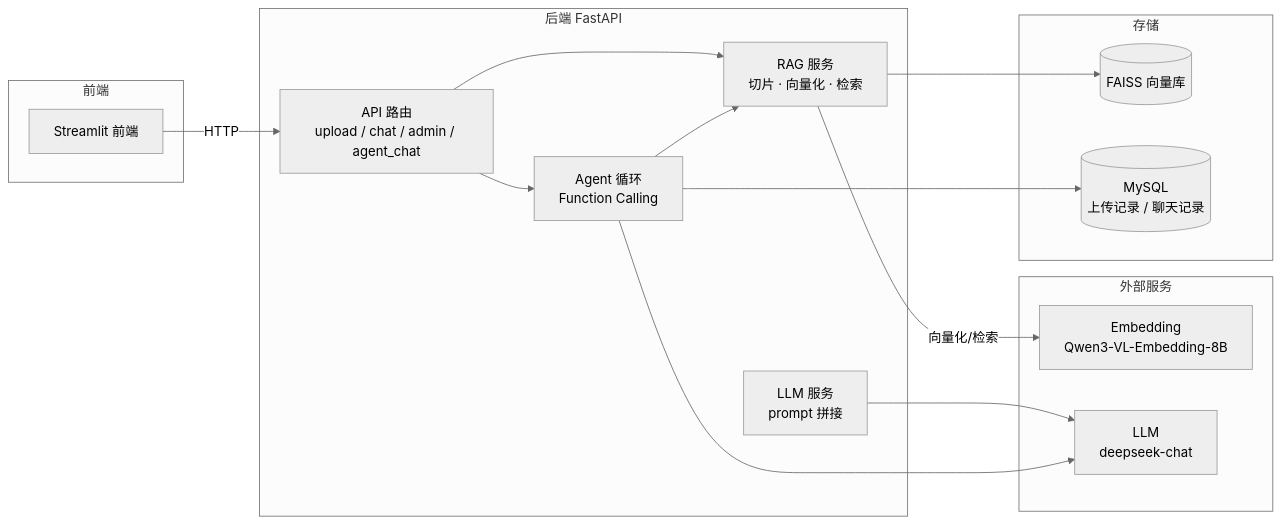
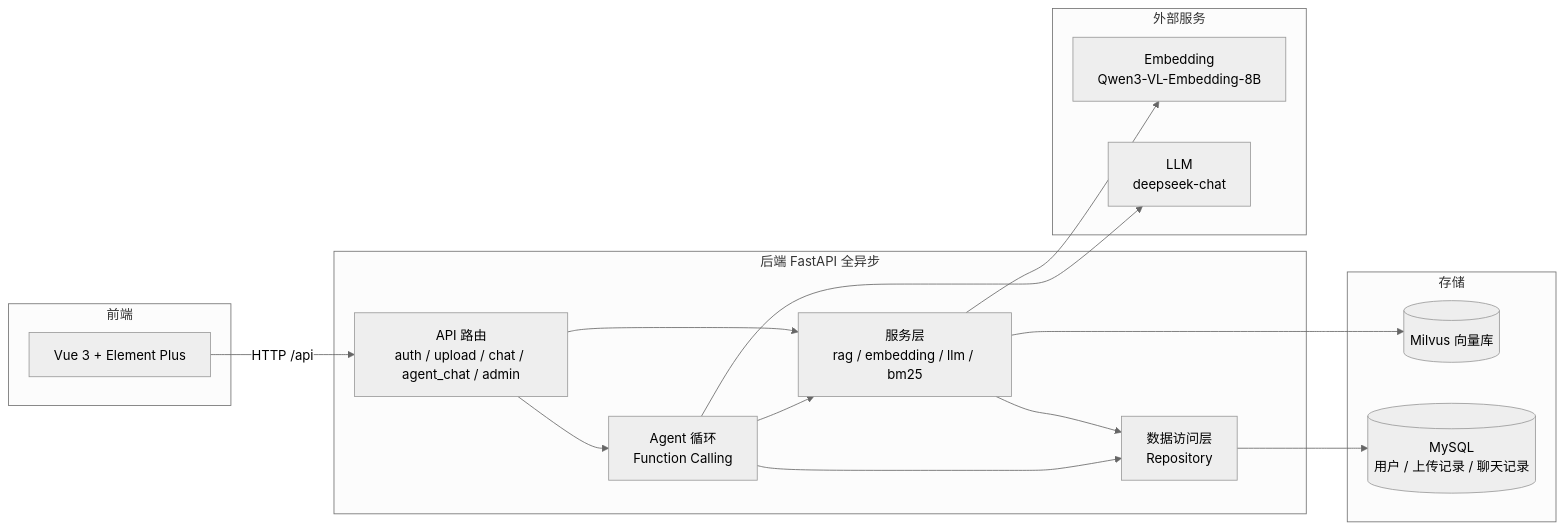
One commit to fngbibsisd-lgtm/Enterprise-Knowledge-Base-Agent-Platform changed the diagram in README.md. Above: the diagram before and after it, drawn with Mermaid (neutral theme). The commit also changed other lines of this file and 1 other file, not shown here.

Commit message:
docs: 更新 README 与面试文档以反映 V2 架构（Milvus/async SQLAlchemy/JWT/Vue）

````diff
--- a/README.md
+++ b/README.md
@@ -168,33 +217,31 @@
 ```mermaid
 flowchart LR
     subgraph 前端
-        FE[Streamlit 前端]
+        FE[Vue 3 + Element Plus]
     end
 
-    subgraph 后端 FastAPI
-        API[API 路由<br/>upload / chat / admin / agent_chat]
-        RAG[RAG 服务<br/>切片 · 向量化 · 检索]
+    subgraph 后端 FastAPI[后端 FastAPI 全异步]
+        API[API 路由<br/>auth / upload / chat / agent_chat / admin]
+        SVC[服务层<br/>rag / embedding / llm / bm25]
+        REPO[数据访问层<br/>Repository]
         AGENT[Agent 循环<br/>Function Calling]
-        LLM[LLM 服务<br/>prompt 拼接]
     end
 
     subgraph 外部服务
         EMB[Embedding<br/>Qwen3-VL-Embedding-8B]
         DEEP[LLM<br/>deepseek-chat]
     end
 
     subgraph 存储
-        FAISS[(FAISS 向量库)]
-        MYSQL[(MySQL<br/>上传记录 / 聊天记录)]
+        MILVUS[(Milvus 向量库)]
+        MYSQL[(MySQL<br/>用户 / 上传记录 / 聊天记录)]
     end
 
-    FE -->|HTTP| API
-    API --> RAG
-    API --> AGENT
-    RAG -->|向量化/检索| EMB
-    RAG --> FAISS
-    LLM --> DEEP
-    AGENT --> DEEP
-    AGENT --> RAG
-    AGENT --> MYSQL
+    FE -->|HTTP /api| API
+    API --> SVC --> REPO --> MYSQL
+    API --> AGENT --> DEEP
+    SVC --> EMB
+    SVC --> MILVUS
+    AGENT --> SVC
+    AGENT --> REPO
 ```
````
